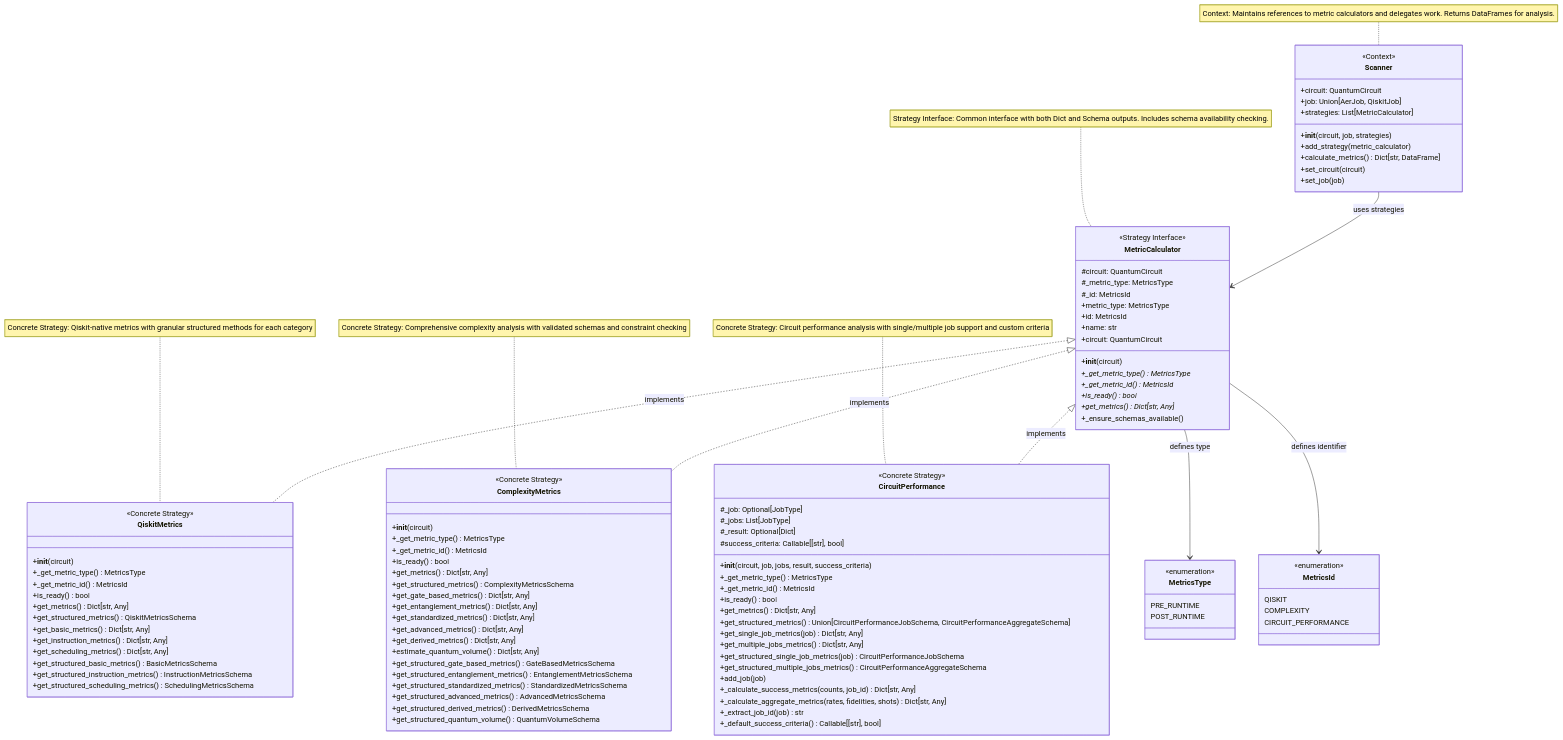
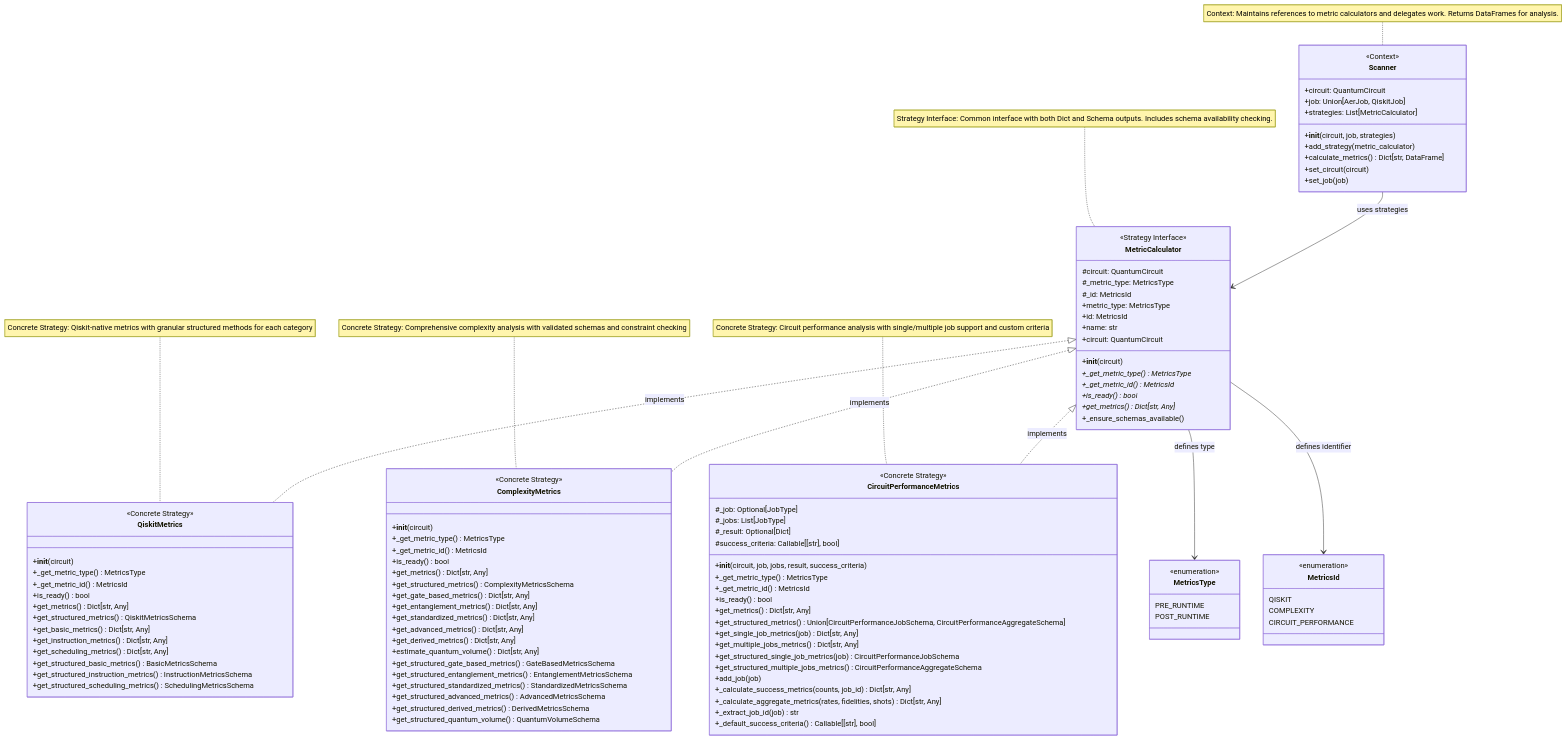
Before and after one commit to xthecapx/qiskit-qward: the third of 4 diagrams in docs/architecture.md, drawn with Mermaid. The commit also changed other lines of this file and 37 other files, not shown here.

````diff
--- a/docs/architecture.md
+++ b/docs/architecture.md
@@ -251,7 +251,7 @@
         +get_structured_quantum_volume() QuantumVolumeSchema
     }
 
-    class CircuitPerformance {
+    class CircuitPerformanceMetrics {
         <<Concrete Strategy>>
         #_job: Optional[JobType]
         #_jobs: List[JobType]
@@ -293,7 +293,7 @@
     %% Strategy Interface Implementation
     MetricCalculator <|.. QiskitMetrics : implements
     MetricCalculator <|.. ComplexityMetrics : implements
-    MetricCalculator <|.. CircuitPerformance : implements
+    MetricCalculator <|.. CircuitPerformanceMetrics : implements
     
     %% Strategy Interface Dependencies
     MetricCalculator --> MetricsType : defines type
@@ -308,5 +308,5 @@
     
     note for ComplexityMetrics "Concrete Strategy: Comprehensive complexity analysis with validated schemas and constraint checking"
     
-    note for CircuitPerformance "Concrete Strategy: Circuit performance analysis with single/multiple job support and custom criteria"
+    note for CircuitPerformanceMetrics "Concrete Strategy: Circuit performance analysis with single/multiple job support and custom criteria"
 ```
````
